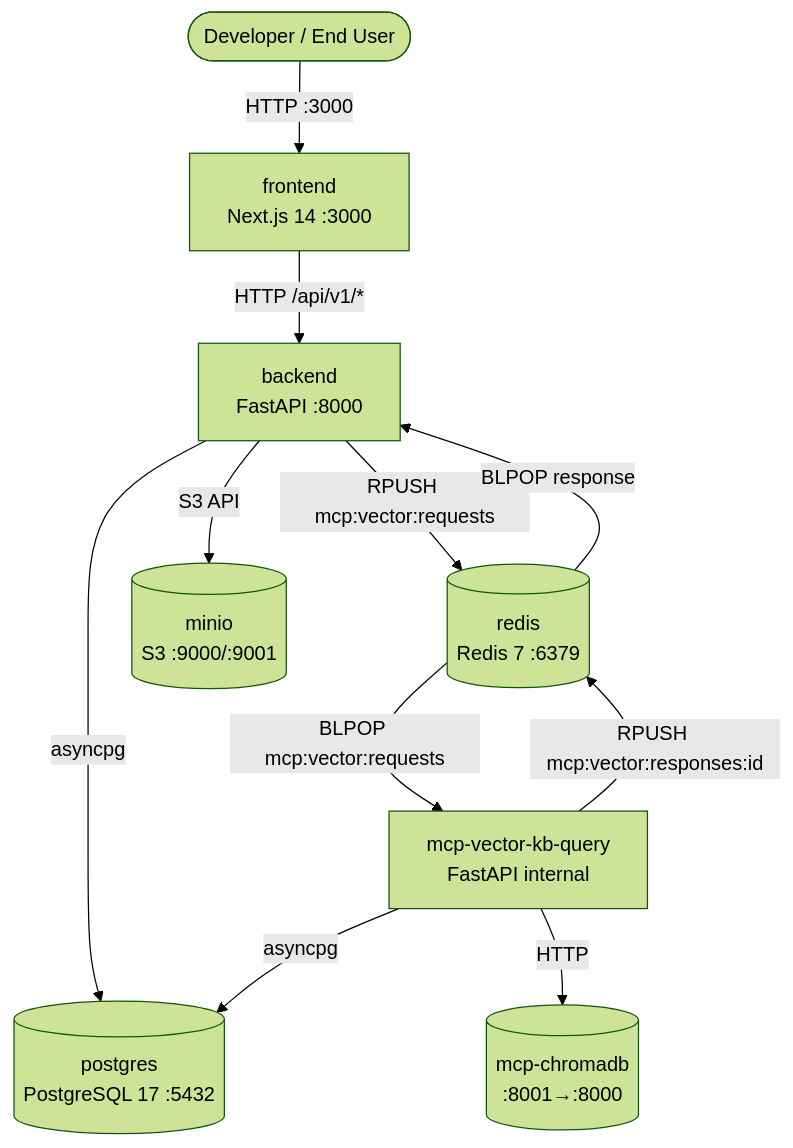
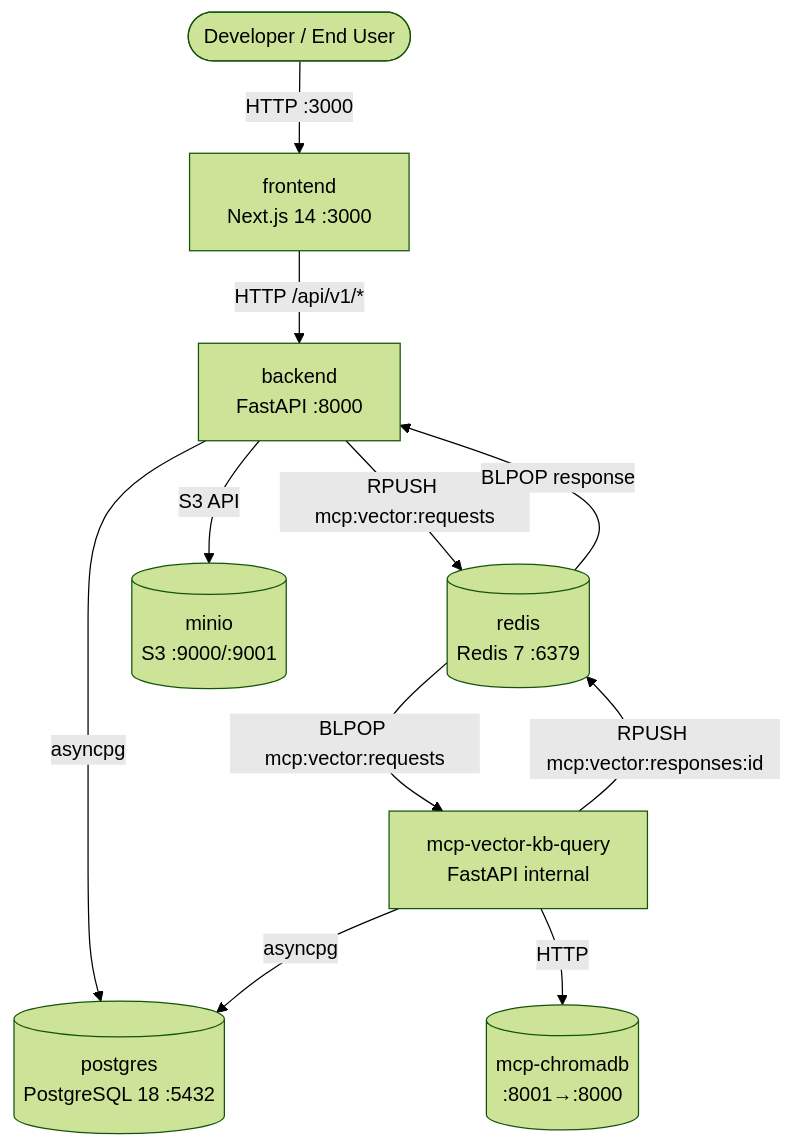
Before and after one commit to akvo/akvo-rag: the first of 2 diagrams in docs/architecture_map.md, drawn with Mermaid (forest theme). The commit also changed other lines of this file and 2 other files, not shown here.

Commit message:
[#183] docs(infra): add feature spec 033 and update architecture documentation for postgresql 18

````diff
--- a/docs/architecture_map.md
+++ b/docs/architecture_map.md
@@ -10,22 +10,22 @@
 ```mermaid
 graph TB
     USER([Developer / End User])
     FE[frontend<br/>Next.js 14 :3000]
     BE[backend<br/>FastAPI :8000]
     VKBMCP[mcp-vector-kb-query<br/>FastAPI internal]
-    PG[(postgres<br/>PostgreSQL 17 :5432)]
+    PG[(postgres<br/>PostgreSQL 18 :5432)]
     REDIS[(redis<br/>Redis 7 :6379)]
     CHROMA[(mcp-chromadb<br/>:8001→:8000)]
     MINIO[(minio<br/>S3 :9000/:9001)]
 
     USER -->|HTTP :3000| FE
     FE -->|HTTP /api/v1/*| BE
     BE -->|RPUSH mcp:vector:requests| REDIS
     REDIS -->|BLPOP mcp:vector:requests| VKBMCP
     VKBMCP -->|RPUSH mcp:vector:responses:id| REDIS
     REDIS -->|BLPOP response| BE
     BE -->|asyncpg| PG
     VKBMCP -->|asyncpg| PG
     VKBMCP -->|HTTP| CHROMA
     BE -->|S3 API| MINIO
 ```
````
